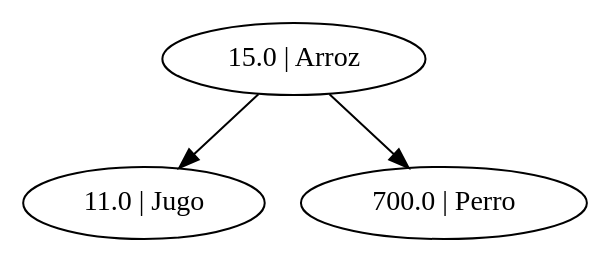
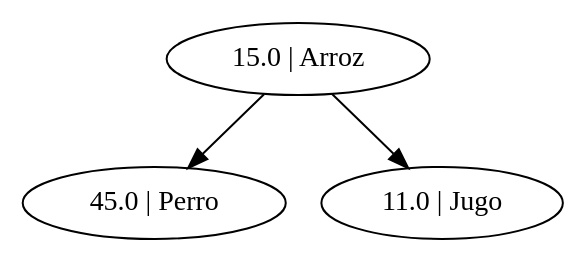
One commit to BryanBlacks/Algoritmos-y-Estructuras-de-Datos changed the diagram in Unidad I/PAC III 2019/Proyecto 1/Python/Memoria/test1.dot. Above: the diagram before and after it, drawn with Graphviz. The commit also changed 18 other files, not shown here.

```diff
--- a/Unidad I/PAC III 2019/Proyecto 1/Python/Memoria/test1.dot
+++ b/Unidad I/PAC III 2019/Proyecto 1/Python/Memoria/test1.dot
@@ -1,4 +1,4 @@
-strict digraph "" {
+strict digraph  {
+	"15.0 | Arroz" -> "45.0 | Perro";
 	"15.0 | Arroz" -> "11.0 | Jugo";
-	"15.0 | Arroz" -> "700.0 | Perro";
 }
```
